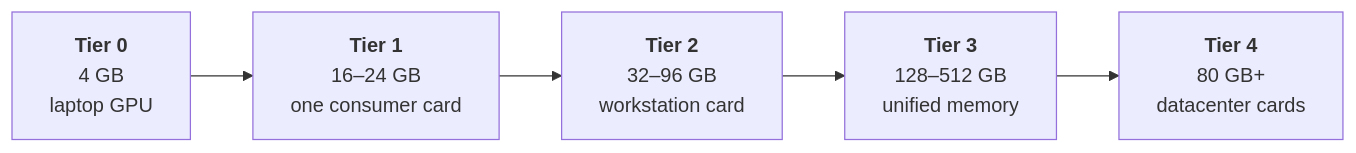
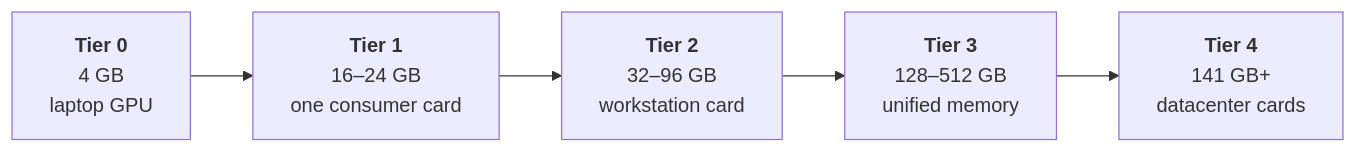
Before and after one commit to kamil-kielbasa/ai-infrastructure-book: the first of 2 diagrams in book/08-the-model-landscape.md, drawn with Mermaid. The commit also changed other lines of this file and 8 other files, not shown here.

````diff
--- a/book/08-the-model-landscape.md
+++ b/book/08-the-model-landscape.md
@@ -73,7 +101,7 @@
 ```mermaid
 flowchart LR
     T0["<b>Tier 0</b><br/>4 GB<br/>laptop GPU"] --> T1["<b>Tier 1</b><br/>16–24 GB<br/>one consumer card"]
     T1 --> T2["<b>Tier 2</b><br/>32–96 GB<br/>workstation card"]
     T2 --> T3["<b>Tier 3</b><br/>128–512 GB<br/>unified memory"]
-    T3 --> T4["<b>Tier 4</b><br/>80 GB+<br/>datacenter cards"]
+    T3 --> T4["<b>Tier 4</b><br/>141 GB+<br/>datacenter cards"]
 ```
````
